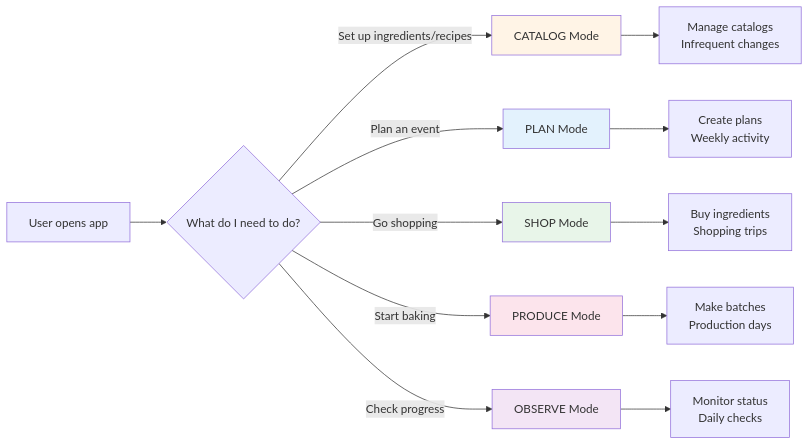
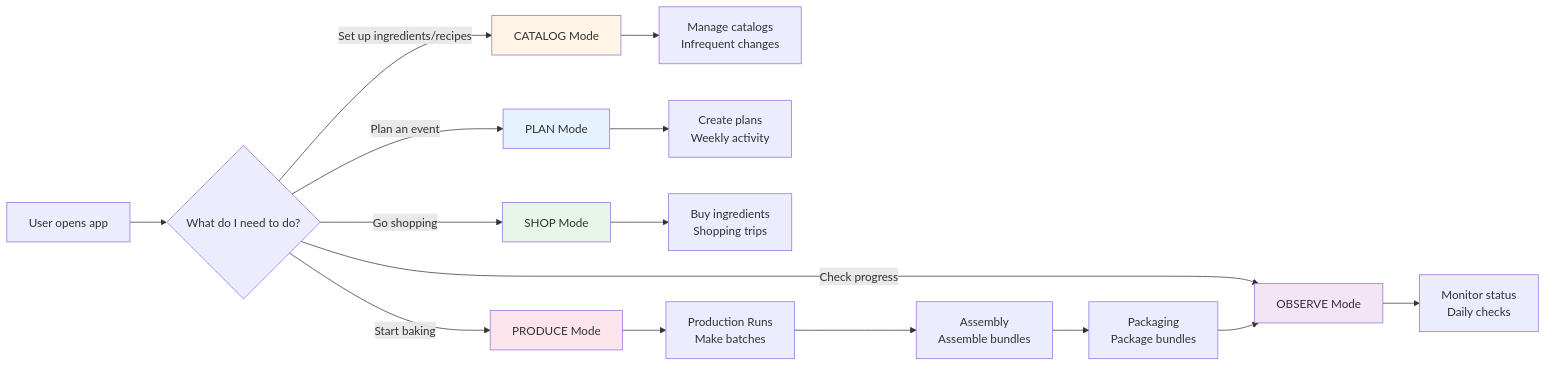
Before and after one commit to kentonium3/bake-tracker: the second of 4 diagrams in docs/design/_F038_ui_mode_restructure.md, drawn with Mermaid. The commit also changed other lines of this file and 2 other files, not shown here.

````diff
--- a/docs/design/_F038_ui_mode_restructure.md
+++ b/docs/design/_F038_ui_mode_restructure.md
@@ -182,22 +184,25 @@
 ```mermaid
 graph LR
     A[User opens app] --> B{What do I need to do?}
     
     B -->|Set up ingredients/recipes| C[CATALOG Mode]
     B -->|Plan an event| D[PLAN Mode]
     B -->|Go shopping| E[SHOP Mode]
     B -->|Start baking| F[PRODUCE Mode]
     B -->|Check progress| G[OBSERVE Mode]
-    
+
     C --> C1[Manage catalogs<br/>Infrequent changes]
     D --> D1[Create plans<br/>Weekly activity]
     E --> E1[Buy ingredients<br/>Shopping trips]
-    F --> F1[Make batches<br/>Production days]
+    F --> F1[Production Runs<br/>Make batches]
+    F1 --> F2[Assembly<br/>Assemble bundles]
+    F2 --> F3[Packaging<br/>Package bundles]
+    F3 --> G
     G --> G1[Monitor status<br/>Daily checks]
     
     style C fill:#FFF4E6
     style D fill:#E3F2FD
     style E fill:#E8F5E9
     style F fill:#FCE4EC
     style G fill:#F3E5F5
 ```
````
